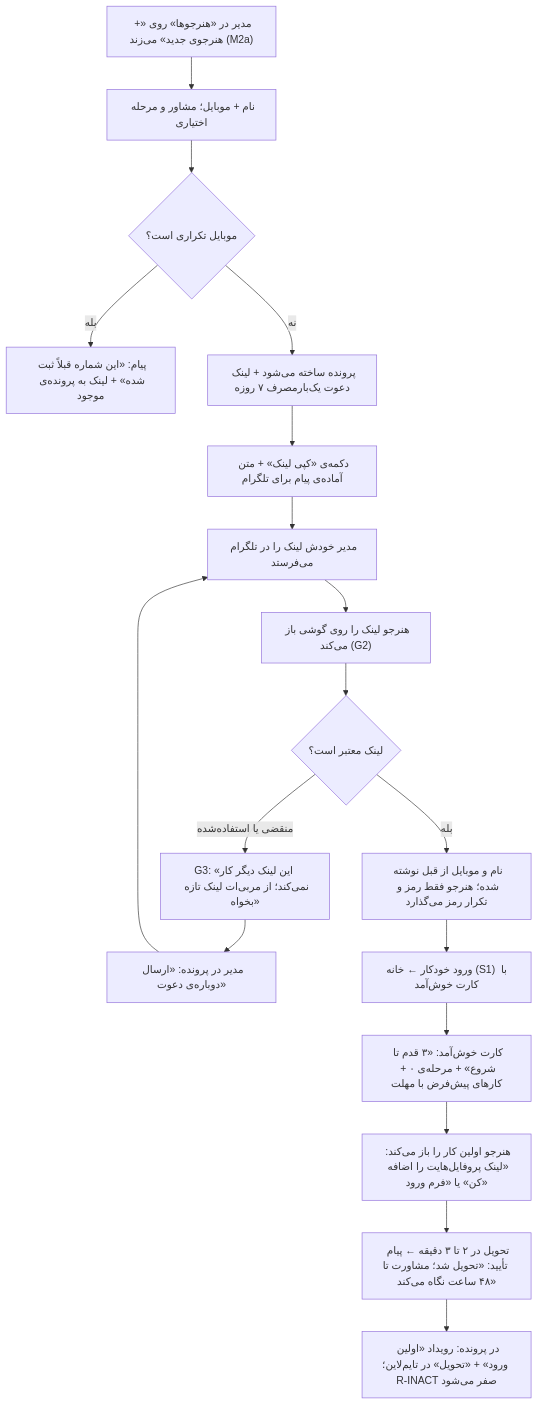
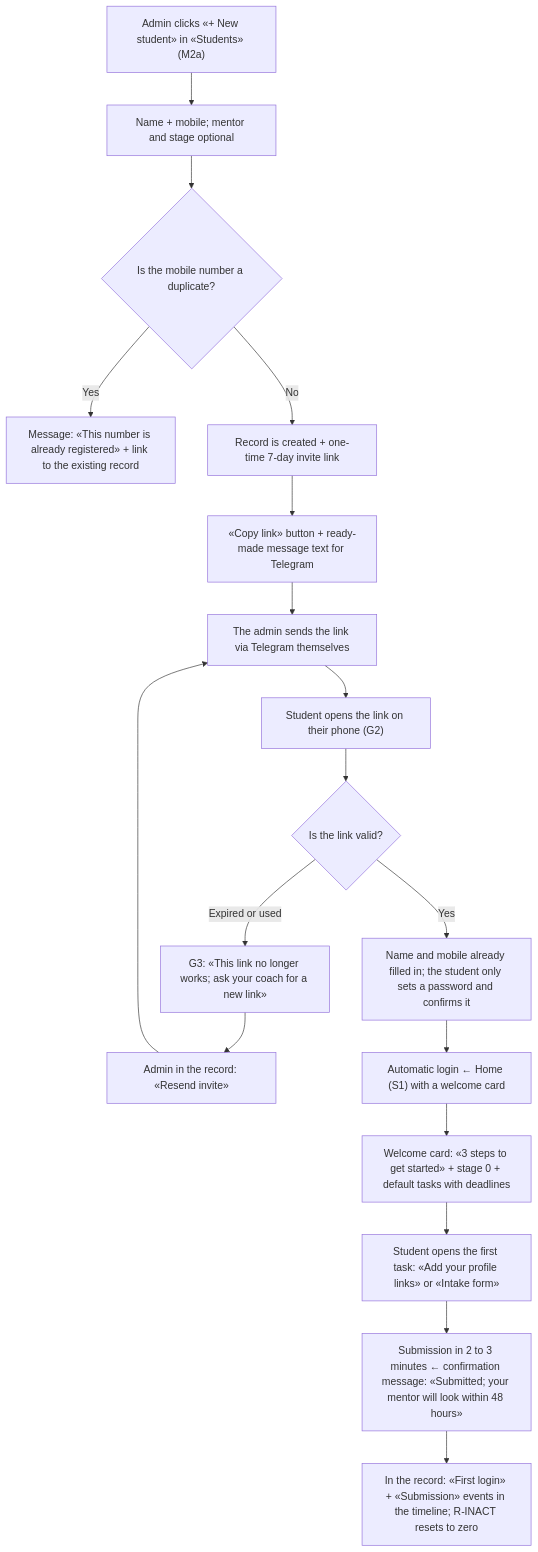
One commit to simorghsorkh/upworkcoach changed the first of 9 diagrams in docs/03-ux/user-flows.md. Above: the diagram before and after it, drawn with Mermaid. The commit also changed other lines of this file and 360 other files, not shown here.

````diff
--- a/docs/03-ux/user-flows.md
+++ b/docs/03-ux/user-flows.md
@@ -27,19 +27,19 @@
 ```mermaid
 flowchart TD
-    A["مدیر در «هنرجوها» روی «+ هنرجوی جدید» می‌زند (M2a)"] --> B["نام + موبایل؛ مشاور و مرحله اختیاری"]
-    B --> C{"موبایل تکراری است؟"}
-    C -->|بله| C1["پیام: «این شماره قبلاً ثبت شده» + لینک به پرونده‌ی موجود"]
-    C -->|نه| D["پرونده ساخته می‌شود + لینک دعوت یک‌بارمصرف ۷ روزه"]
-    D --> E["دکمه‌ی «کپی لینک» + متن آماده‌ی پیام برای تلگرام"]
-    E --> F["مدیر خودش لینک را در تلگرام می‌فرستد"]
-    F --> G["هنرجو لینک را روی گوشی باز می‌کند (G2)"]
-    G --> H{"لینک معتبر است؟"}
-    H -->|منقضی یا استفاده‌شده| H1["G3: «این لینک دیگر کار نمی‌کند؛ از مربی‌ات لینک تازه بخواه»"]
-    H1 --> H2["مدیر در پرونده: «ارسال دوباره‌ی دعوت»"] --> F
-    H -->|بله| I["نام و موبایل از قبل نوشته شده؛ هنرجو فقط رمز و تکرار رمز می‌گذارد"]
-    I --> J["ورود خودکار ← خانه (S1) با کارت خوش‌آمد"]
-    J --> K["کارت خوش‌آمد: «۳ قدم تا شروع» + مرحله‌ی ۰ + کارهای پیش‌فرض با مهلت"]
-    K --> L["هنرجو اولین کار را باز می‌کند: «لینک پروفایل‌هایت را اضافه کن» یا «فرم ورود»"]
-    L --> M["تحویل در ۲ تا ۳ دقیقه ← پیام تأیید: «تحویل شد؛ مشاورت تا ۴۸ ساعت نگاه می‌کند»"]
-    M --> N["در پرونده: رویداد «اولین ورود» + «تحویل» در تایم‌لاین؛ R-INACT صفر می‌شود"]
+    A["Admin clicks «+ New student» in «Students» (M2a)"] --> B["Name + mobile; mentor and stage optional"]
+    B --> C{"Is the mobile number a duplicate?"}
+    C -->|Yes| C1["Message: «This number is already registered» + link to the existing record"]
+    C -->|No| D["Record is created + one-time 7-day invite link"]
+    D --> E["«Copy link» button + ready-made message text for Telegram"]
+    E --> F["The admin sends the link via Telegram themselves"]
+    F --> G["Student opens the link on their phone (G2)"]
+    G --> H{"Is the link valid?"}
+    H -->|Expired or used| H1["G3: «This link no longer works; ask your coach for a new link»"]
+    H1 --> H2["Admin in the record: «Resend invite»"] --> F
+    H -->|Yes| I["Name and mobile already filled in; the student only sets a password and confirms it"]
+    I --> J["Automatic login ← Home (S1) with a welcome card"]
+    J --> K["Welcome card: «3 steps to get started» + stage 0 + default tasks with deadlines"]
+    K --> L["Student opens the first task: «Add your profile links» or «Intake form»"]
+    L --> M["Submission in 2 to 3 minutes ← confirmation message: «Submitted; your mentor will look within 48 hours»"]
+    M --> N["In the record: «First login» + «Submission» events in the timeline; R-INACT resets to zero"]
 ```
````
